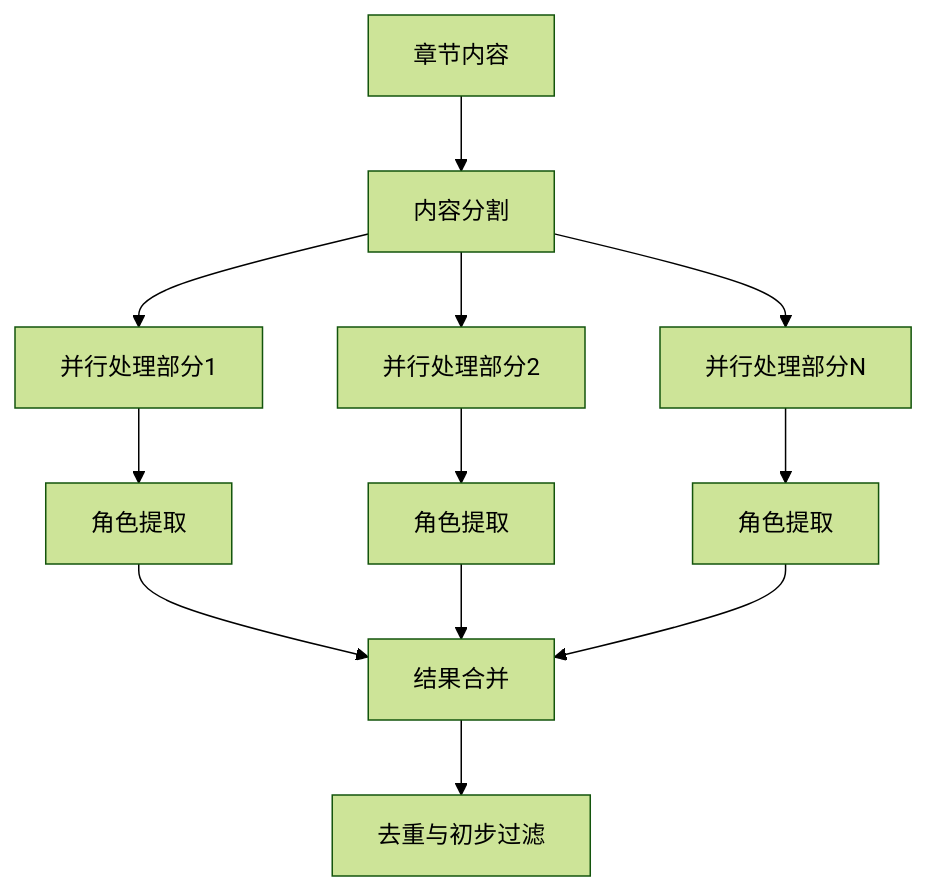
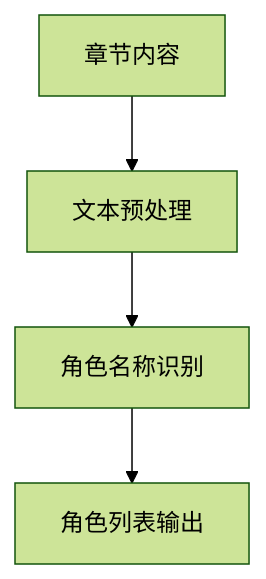
Before and after one commit to xueanxi/sharebook: the third of 8 diagrams in docs/角色提取设计.md, drawn with Mermaid (forest theme). The commit also changed other lines of this file and 1 other file, not shown here.

````diff
--- a/docs/角色提取设计.md
+++ b/docs/角色提取设计.md
@@ -68,14 +66,6 @@
   ```mermaid
-  graph TB
-      A[章节内容] --> B[内容分割]
-      B --> C[并行处理部分1]
-      B --> D[并行处理部分2]
-      B --> E[并行处理部分N]
-      C --> F[角色提取]
-      D --> G[角色提取]
-      E --> H[角色提取]
-      F --> I[结果合并]
-      G --> I
-      H --> I
-      I --> J[去重与初步过滤]
+  flowchart TD
+      A[章节内容] --> B[文本预处理]
+      B --> C[角色名称识别]
+      C --> D[角色列表输出]
   ```
````
